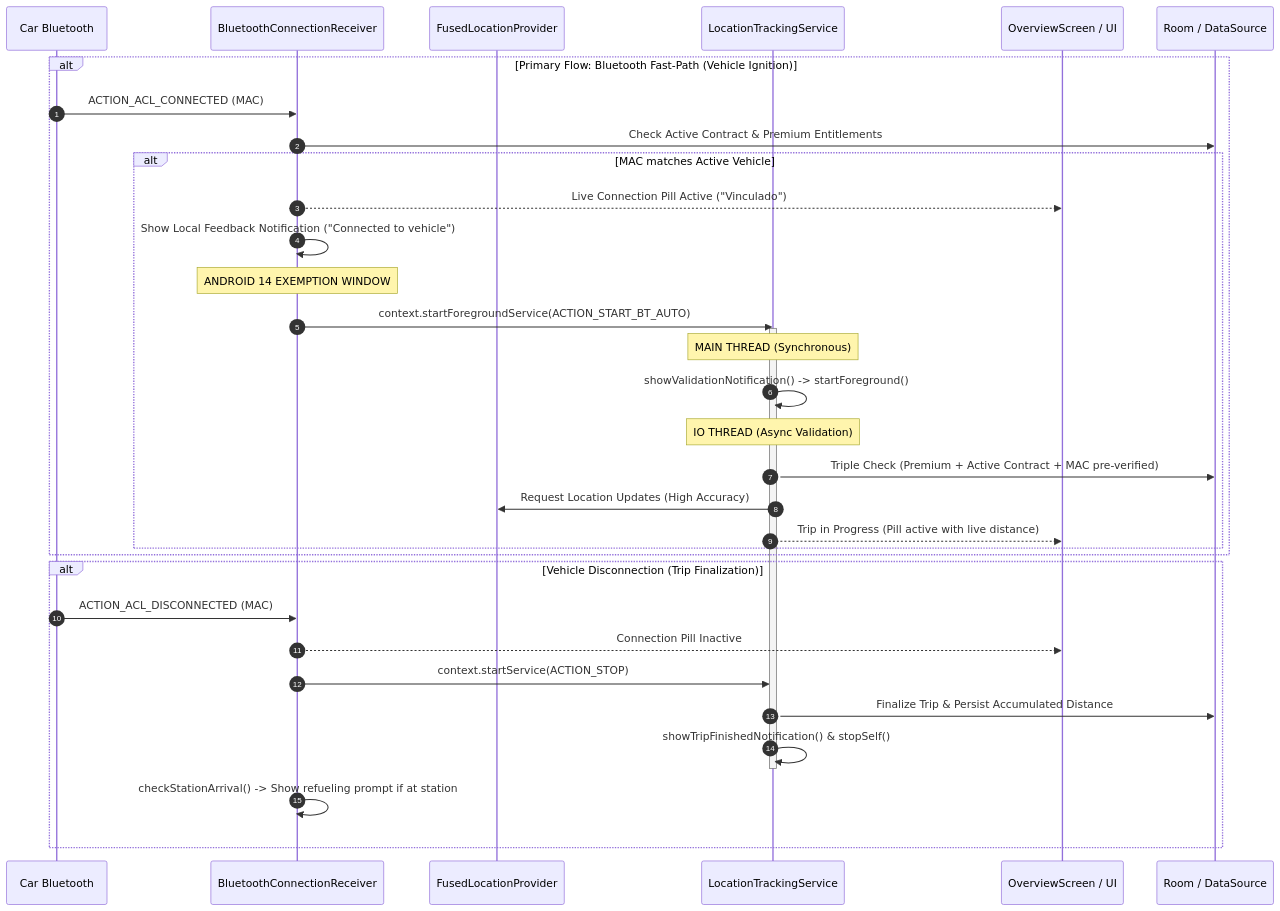
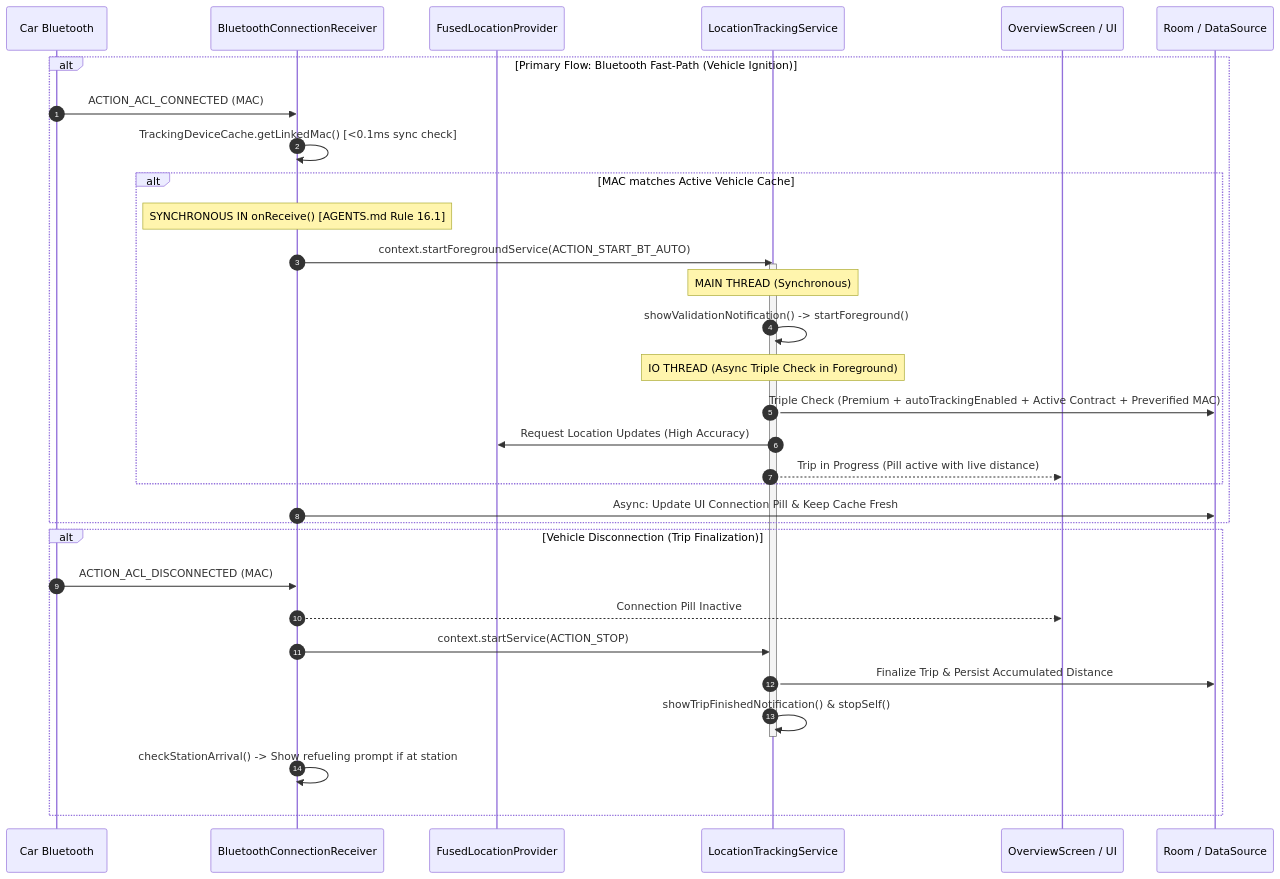
Before and after one commit to joshluq/kilomenos-android: the first of 2 diagrams in docs/autotracking_technical_spec.md, drawn with Mermaid. The commit also changed other lines of this file and 3 other files, not shown here.

Commit message:
Enhance Bluetooth auto-tracking flow by introducing `TrackingDeviceCache` for synchronous fast-path service startup and adding user preference validation checks.

````diff
--- a/docs/autotracking_technical_spec.md
+++ b/docs/autotracking_technical_spec.md
@@ -52,38 +52,37 @@
 ```mermaid
 sequenceDiagram
     autonumber
     participant Car as Car Bluetooth
     participant BCR as BluetoothConnectionReceiver
     participant GPS as FusedLocationProvider
     participant LTS as LocationTrackingService
     participant UI as OverviewScreen / UI
     participant DB as Room / DataSource
 
     alt Primary Flow: Bluetooth Fast-Path (Vehicle Ignition)
         Car->>BCR: ACTION_ACL_CONNECTED (MAC)
-        BCR->>DB: Check Active Contract & Premium Entitlements
-        alt MAC matches Active Vehicle
-            BCR-->>UI: Live Connection Pill Active ("Vinculado")
-            BCR->>BCR: Show Local Feedback Notification ("Connected to vehicle")
-            Note over BCR: ANDROID 14 EXEMPTION WINDOW
+        BCR->>BCR: TrackingDeviceCache.getLinkedMac() [<0.1ms sync check]
+        alt MAC matches Active Vehicle Cache
+            Note over BCR: SYNCHRONOUS IN onReceive() [AGENTS.md Rule 16.1]
             BCR->>LTS: context.startForegroundService(ACTION_START_BT_AUTO)
             activate LTS
             Note over LTS: MAIN THREAD (Synchronous)
             LTS->>LTS: showValidationNotification() -> startForeground()
-            Note over LTS: IO THREAD (Async Validation)
-            LTS->>DB: Triple Check (Premium + Active Contract + MAC pre-verified)
+            Note over LTS: IO THREAD (Async Triple Check in Foreground)
+            LTS->>DB: Triple Check (Premium + autoTrackingEnabled + Active Contract + Preverified MAC)
             LTS->>GPS: Request Location Updates (High Accuracy)
             LTS-->>UI: Trip in Progress (Pill active with live distance)
         end
+        BCR->>DB: Async: Update UI Connection Pill & Keep Cache Fresh
     end
 
     alt Vehicle Disconnection (Trip Finalization)
         Car->>BCR: ACTION_ACL_DISCONNECTED (MAC)
         BCR-->>UI: Connection Pill Inactive
         BCR->>LTS: context.startService(ACTION_STOP)
         LTS->>DB: Finalize Trip & Persist Accumulated Distance
         LTS->>LTS: showTripFinishedNotification() & stopSelf()
         deactivate LTS
         BCR->>BCR: checkStationArrival() -> Show refueling prompt if at station
     end
 ```
````
